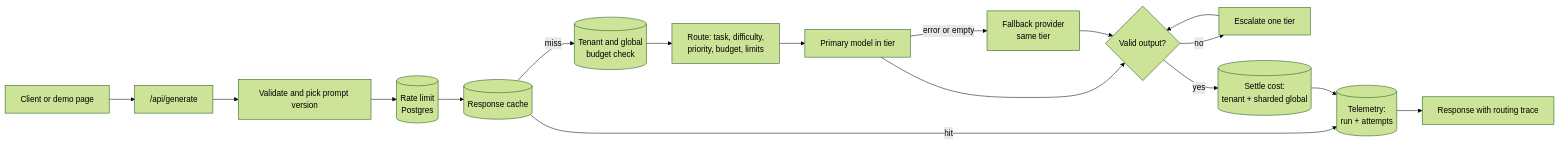
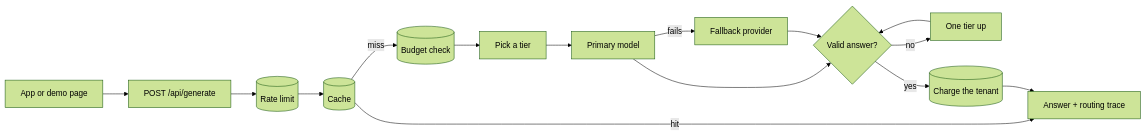
One commit to mihir1708/route-wise changed the diagram in README.md. Above: the diagram before and after it, drawn with Mermaid (forest theme). The commit also changed other lines of this file and 5 other files, not shown here.

````diff
--- a/README.md
+++ b/README.md
@@ -46,19 +28,17 @@
 ```mermaid
 flowchart LR
-  C[Client or demo page] --> G["/api/generate"]
-  G --> V[Validate and pick prompt version]
-  V --> RL[(Rate limit<br/>Postgres)]
-  RL --> CA[(Response cache)]
-  CA -- hit --> T
-  CA -- miss --> AD[(Tenant and global<br/>budget check)]
-  AD --> RO[Route: task, difficulty,<br/>priority, budget, limits]
-  RO --> P[Primary model in tier]
-  P -- error or empty --> F[Fallback provider<br/>same tier]
-  P --> OV{Valid output?}
-  F --> OV
-  OV -- no --> E[Escalate one tier]
-  E --> OV
-  OV -- yes --> S[(Settle cost:<br/>tenant + sharded global)]
-  S --> T[(Telemetry:<br/>run + attempts)]
-  T --> R[Response with routing trace]
+  C[App or demo page] --> G["POST /api/generate"]
+  G --> RL[(Rate limit)]
+  RL --> CA[(Cache)]
+  CA -- hit --> R
+  CA -- miss --> B[(Budget check)]
+  B --> RO[Pick a tier]
+  RO --> P[Primary model]
+  P -- fails --> F[Fallback provider]
+  P --> V{Valid answer?}
+  F --> V
+  V -- no --> E[One tier up]
+  E --> V
+  V -- yes --> S[(Charge the tenant)]
+  S --> R[Answer + routing trace]
 ```
````
